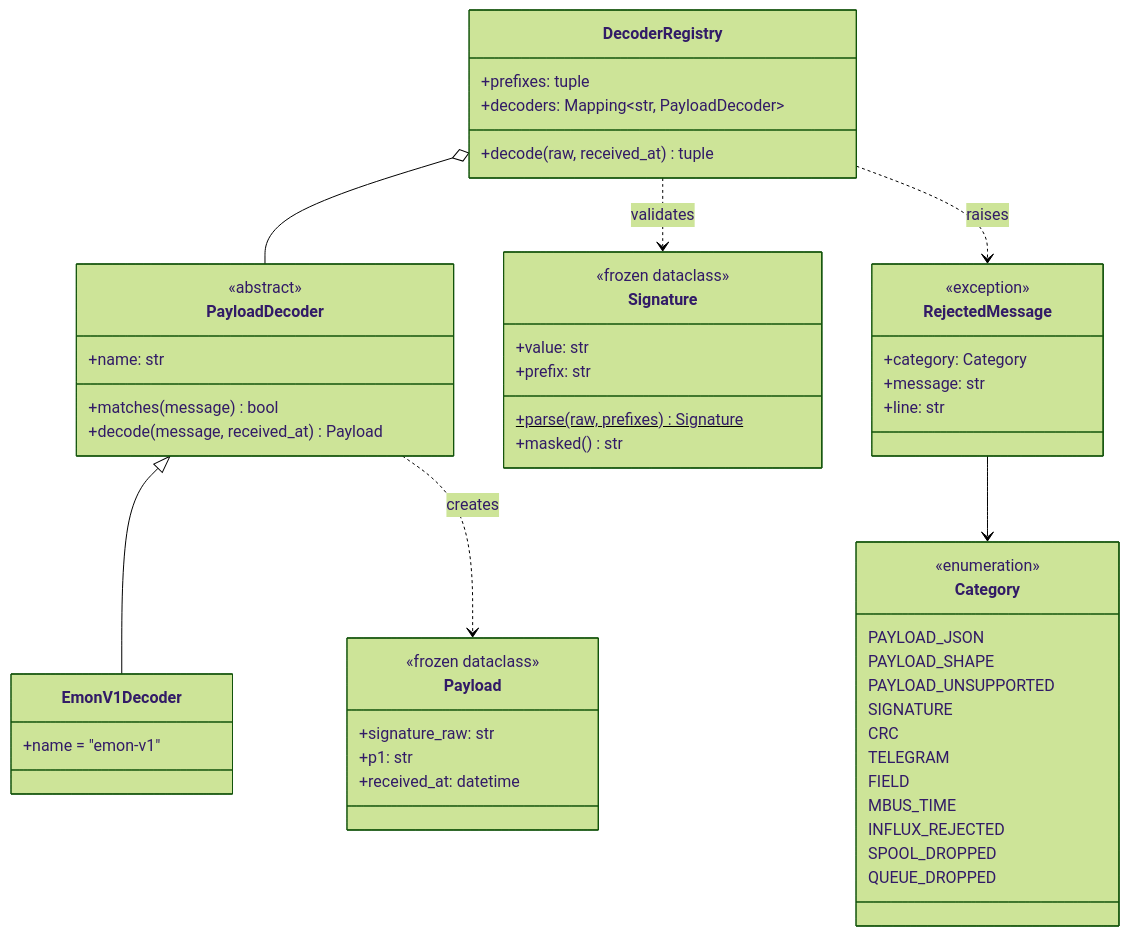
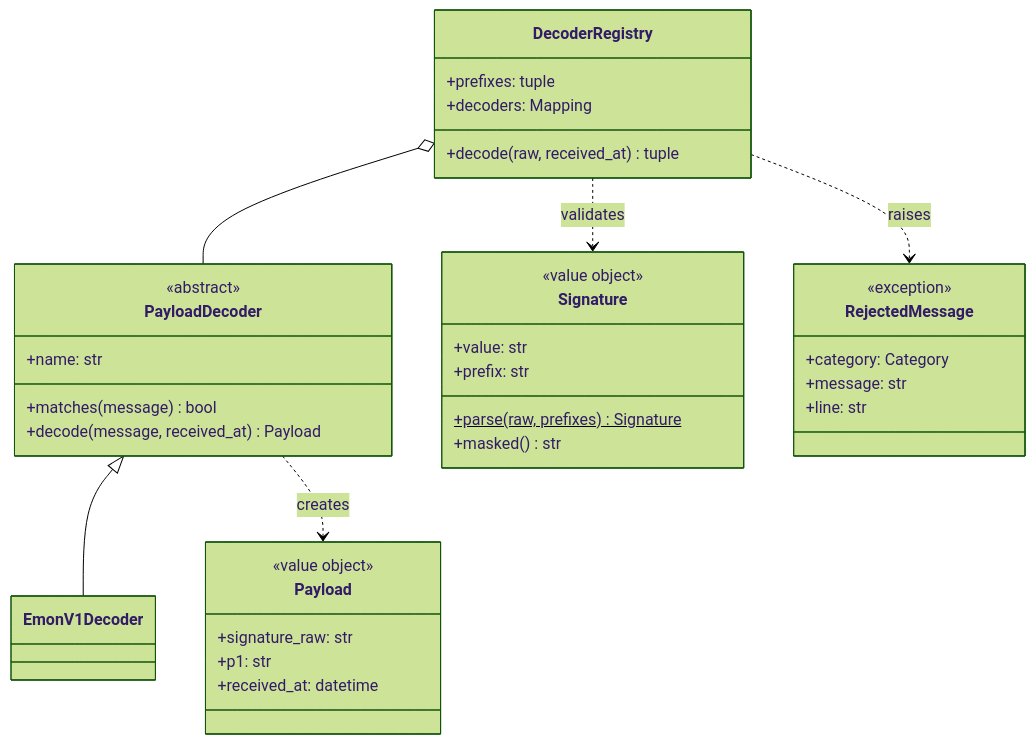
One commit to AvansETI/emon2influx-parser changed the second of 6 diagrams in doc/class-diagram.md. Above: the diagram before and after it, drawn with Mermaid (forest theme). The commit also changed other lines of this file and 36 other files, not shown here.

````diff
--- a/doc/class-diagram.md
+++ b/doc/class-diagram.md
@@ -98,57 +91,40 @@
 ```mermaid
 classDiagram
     class DecoderRegistry {
         +prefixes: tuple
-        +decoders: Mapping~str, PayloadDecoder~
+        +decoders: Mapping
         +decode(raw, received_at) tuple
     }
     class PayloadDecoder {
         <<abstract>>
         +name: str
         +matches(message) bool
         +decode(message, received_at) Payload
     }
-    class EmonV1Decoder {
-        +name = "emon-v1"
-    }
+    class EmonV1Decoder
     class Payload {
-        <<frozen dataclass>>
+        <<value object>>
         +signature_raw: str
         +p1: str
         +received_at: datetime
     }
     class Signature {
-        <<frozen dataclass>>
+        <<value object>>
         +value: str
         +prefix: str
         +parse(raw, prefixes)$ Signature
         +masked() str
     }
     class RejectedMessage {
         <<exception>>
         +category: Category
         +message: str
         +line: str
     }
-    class Category {
-        <<enumeration>>
-        PAYLOAD_JSON
-        PAYLOAD_SHAPE
-        PAYLOAD_UNSUPPORTED
-        SIGNATURE
-        CRC
-        TELEGRAM
-        FIELD
-        MBUS_TIME
-        INFLUX_REJECTED
-        SPOOL_DROPPED
-        QUEUE_DROPPED
-    }
 
     DecoderRegistry o-- PayloadDecoder
     PayloadDecoder <|-- EmonV1Decoder
     PayloadDecoder ..> Payload : creates
     DecoderRegistry ..> Signature : validates
     DecoderRegistry ..> RejectedMessage : raises
-    RejectedMessage --> Category
 ```
````
